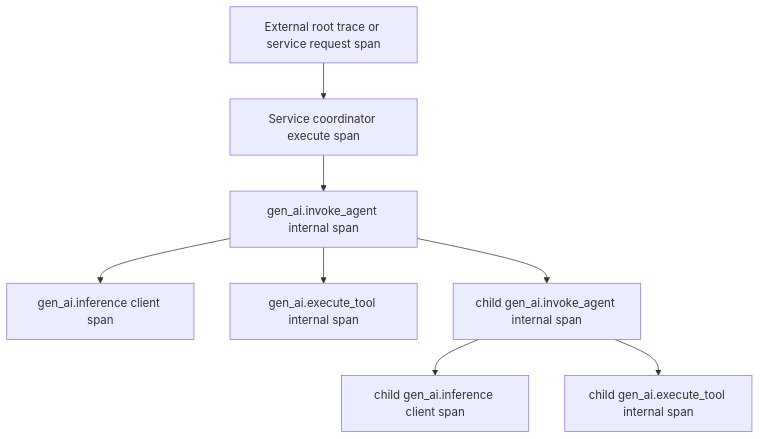
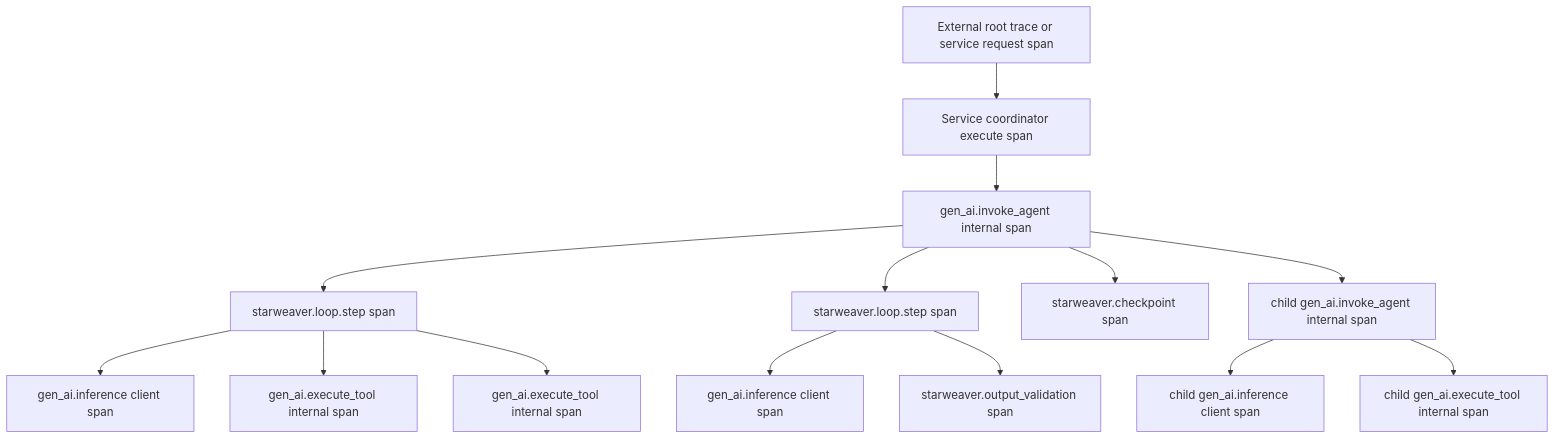
Before and after one commit to Wh1isper/starweaver: the first of 3 diagrams in spec/ops/04-observability.md, drawn with Mermaid. The commit also changed other lines of this file and 80 other files, not shown here.

````diff
--- a/spec/ops/04-observability.md
+++ b/spec/ops/04-observability.md
@@ -16,19 +18,31 @@
 ```mermaid
 flowchart TD
     external[External root trace or service request span]
     coord[Service coordinator execute span]
     agent[gen_ai.invoke_agent internal span]
-    model[gen_ai.inference client span]
-    tool[gen_ai.execute_tool internal span]
+    step1[starweaver.loop.step span]
+    model1[gen_ai.inference client span]
+    tool1[gen_ai.execute_tool internal span]
+    tool2[gen_ai.execute_tool internal span]
+    step2[starweaver.loop.step span]
+    model2[gen_ai.inference client span]
+    output[starweaver.output_validation span]
+    checkpoint[starweaver.checkpoint span]
     subagent[child gen_ai.invoke_agent internal span]
     submodel[child gen_ai.inference client span]
     subtool[child gen_ai.execute_tool internal span]
 
     external --> coord
     coord --> agent
-    agent --> model
-    agent --> tool
+    agent --> step1
+    step1 --> model1
+    step1 --> tool1
+    step1 --> tool2
+    agent --> step2
+    step2 --> model2
+    step2 --> output
+    agent --> checkpoint
     agent --> subagent
     subagent --> submodel
     subagent --> subtool
 ```
````
